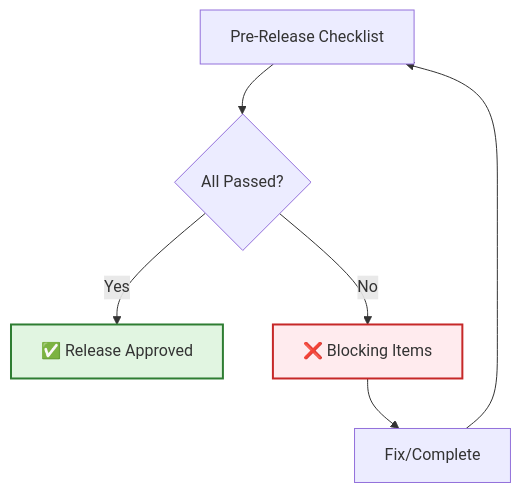
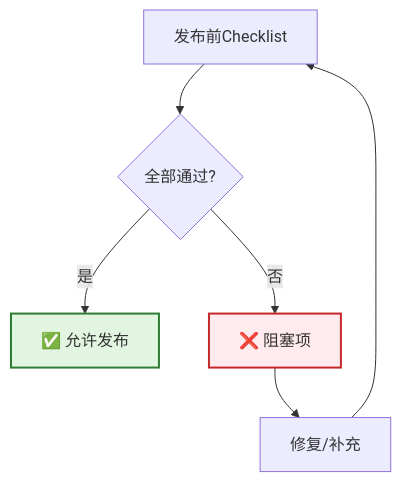
The third of 8 diagrams in templates/Product/Delivery/Template-Release-Plan.md (Kirky-X/cangjie), drawn with Mermaid before and after one commit. The commit also changed other lines of this file and 33 other files, not shown here.

````diff
--- a/templates/Product/Delivery/Template-Release-Plan.md
+++ b/templates/Product/Delivery/Template-Release-Plan.md
@@ -304,11 +304,11 @@
 ```mermaid
 flowchart TD
-    A[Pre-Release Checklist] --> B{All Passed?}
-    B -->|Yes| C[✅ Release Approved]
-    B -->|No| D[❌ Blocking Items]
-    D --> E[Fix/Complete]
+    A[发布前Checklist] --> B{全部通过?}
+    B -->|是| C[✅ 允许发布]
+    B -->|否| D[❌ 阻塞项]
+    D --> E[修复/补充]
     E --> A
 
     style C fill:#e1f5e1,stroke:#2e7d32,stroke-width:2px
     style D fill:#ffebee,stroke:#c62828,stroke-width:2px
 ```
````
